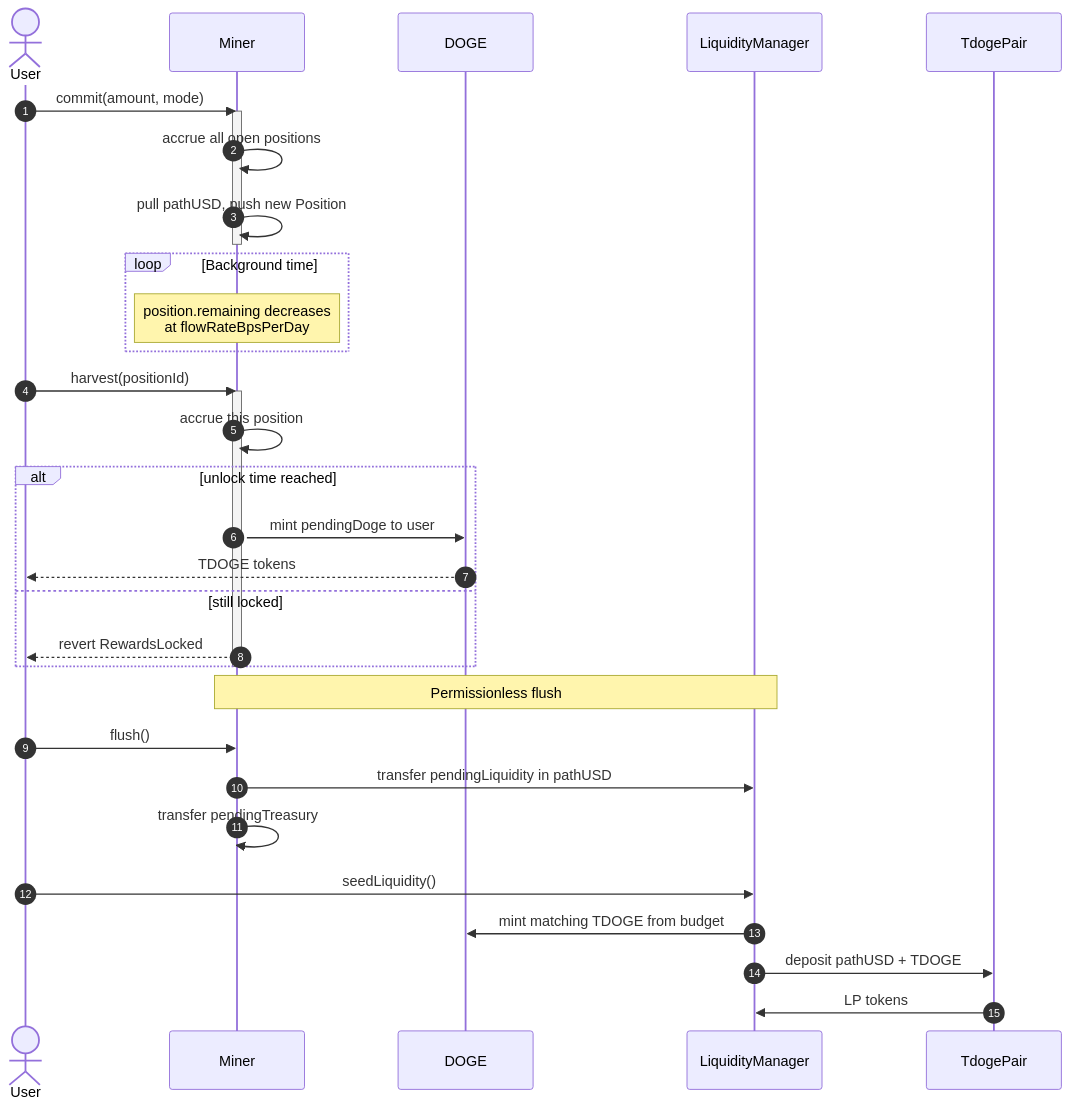
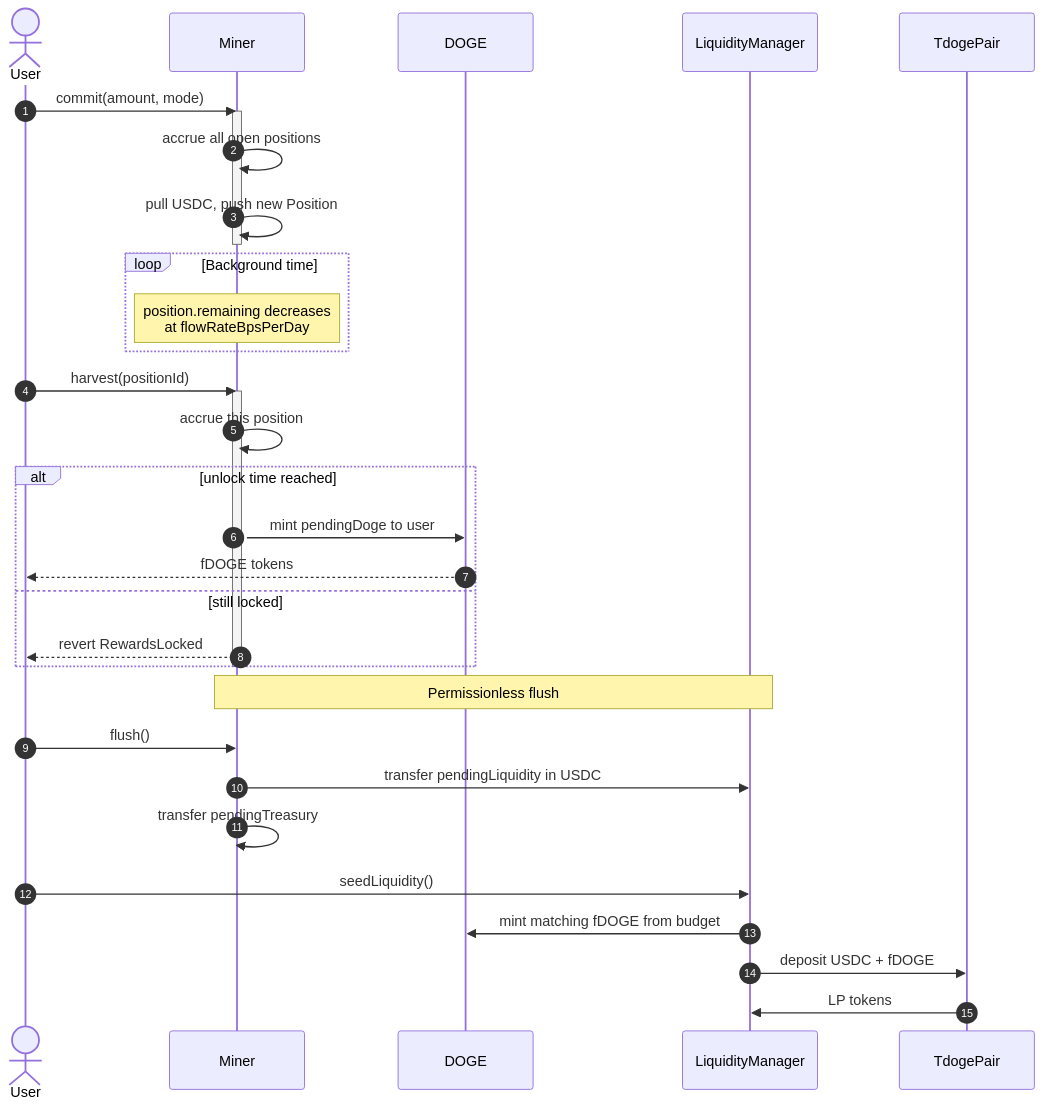
The sixth of 19 diagrams in WHITEPAPER.md (dudelynft-dotcom/DF), drawn with Mermaid before and after one commit. The commit also changed other lines of this file and 2 other files, not shown here.

````diff
--- a/WHITEPAPER.md
+++ b/WHITEPAPER.md
@@ -279,40 +274,40 @@
 ```mermaid
 sequenceDiagram
     autonumber
     actor User
     participant Miner
     participant DOGE
     participant LM as LiquidityManager
     participant Pair as TdogePair
 
     User->>Miner: commit(amount, mode)
     activate Miner
     Miner->>Miner: accrue all open positions
-    Miner->>Miner: pull pathUSD, push new Position
+    Miner->>Miner: pull USDC, push new Position
     deactivate Miner
 
     loop Background time
         Note over Miner: position.remaining decreases<br/>at flowRateBpsPerDay
     end
 
     User->>Miner: harvest(positionId)
     activate Miner
     Miner->>Miner: accrue this position
     alt unlock time reached
         Miner->>DOGE: mint pendingDoge to user
-        DOGE-->>User: TDOGE tokens
+        DOGE-->>User: fDOGE tokens
     else still locked
         Miner-->>User: revert RewardsLocked
     end
     deactivate Miner
 
     Note over Miner,LM: Permissionless flush
     User->>Miner: flush()
-    Miner->>LM: transfer pendingLiquidity in pathUSD
+    Miner->>LM: transfer pendingLiquidity in USDC
     Miner->>Miner: transfer pendingTreasury
 
     User->>LM: seedLiquidity()
-    LM->>DOGE: mint matching TDOGE from budget
-    LM->>Pair: deposit pathUSD + TDOGE
+    LM->>DOGE: mint matching fDOGE from budget
+    LM->>Pair: deposit USDC + fDOGE
     Pair->>LM: LP tokens
 ```
````
